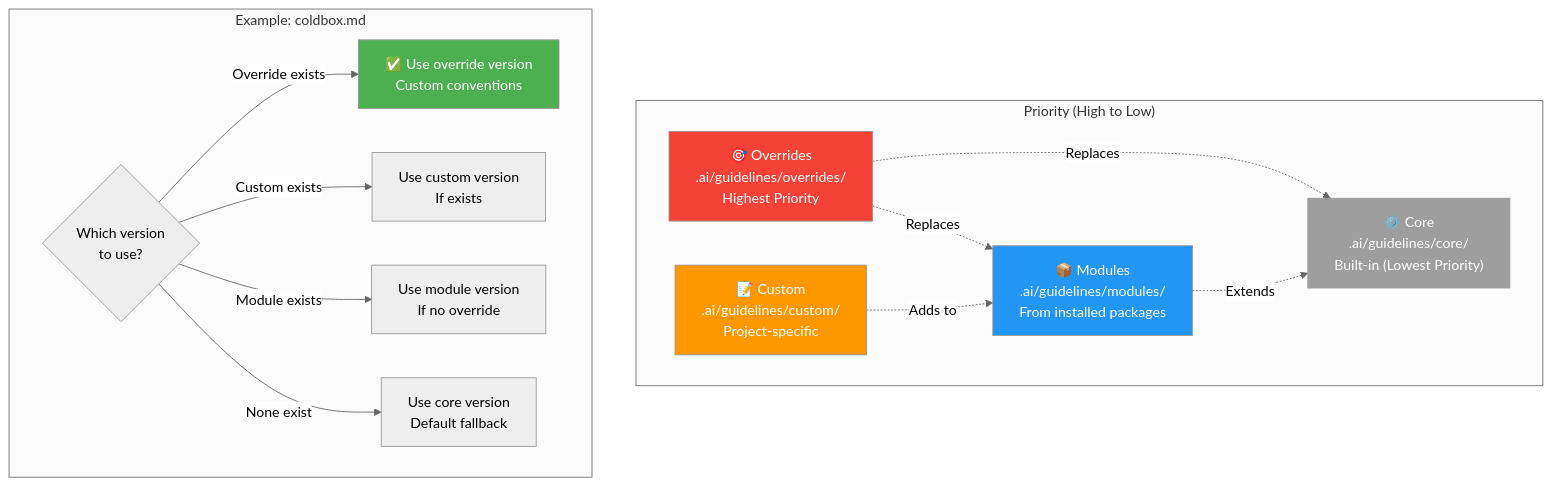
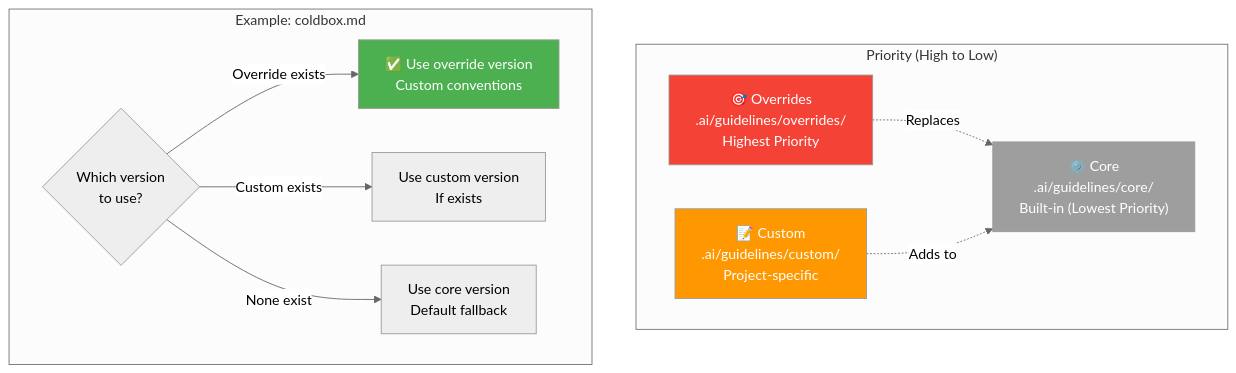
One commit to ColdBox/coldbox-cli changed the sixth of 8 diagrams in AI_INTEGRATION.md. Above: the diagram before and after it, drawn with Mermaid (neutral theme). The commit also changed 51 other files, not shown here.

Commit message:
removed module guidelines

````diff
--- a/AI_INTEGRATION.md
+++ b/AI_INTEGRATION.md
@@ -458,33 +458,27 @@
 ```mermaid
 graph TD
     subgraph "Priority (High to Low)"
         Override["🎯 Overrides<br/>.ai/guidelines/overrides/<br/>Highest Priority"]
         Custom["📝 Custom<br/>.ai/guidelines/custom/<br/>Project-specific"]
-        Module["📦 Modules<br/>.ai/guidelines/modules/<br/>From installed packages"]
         Core["⚙️ Core<br/>.ai/guidelines/core/<br/>Built-in (Lowest Priority)"]
     end
 
     Override -."Replaces".-> Core
-    Override -."Replaces".-> Module
-    Custom -."Adds to".-> Module
-    Module -."Extends".-> Core
+    Custom -."Adds to".-> Core
 
     subgraph "Example: coldbox.md"
         Check{"Which version<br/>to use?"}
         UseOverride["✅ Use override version<br/>Custom conventions"]
-        UseModule["Use module version<br/>If no override"]
         UseCustom["Use custom version<br/>If exists"]
         UseCore["Use core version<br/>Default fallback"]
     end
 
     Check -->|"Override exists"| UseOverride
     Check -->|"Custom exists"| UseCustom
-    Check -->|"Module exists"| UseModule
     Check -->|"None exist"| UseCore
 
     style Override fill:#f44336,color:#fff
     style Custom fill:#ff9800,color:#fff
-    style Module fill:#2196f3,color:#fff
     style Core fill:#9e9e9e,color:#fff
     style UseOverride fill:#4caf50,color:#fff
 ```
````
